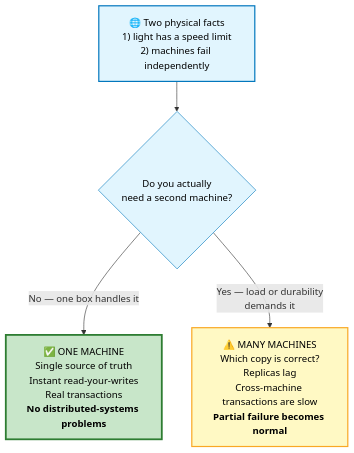
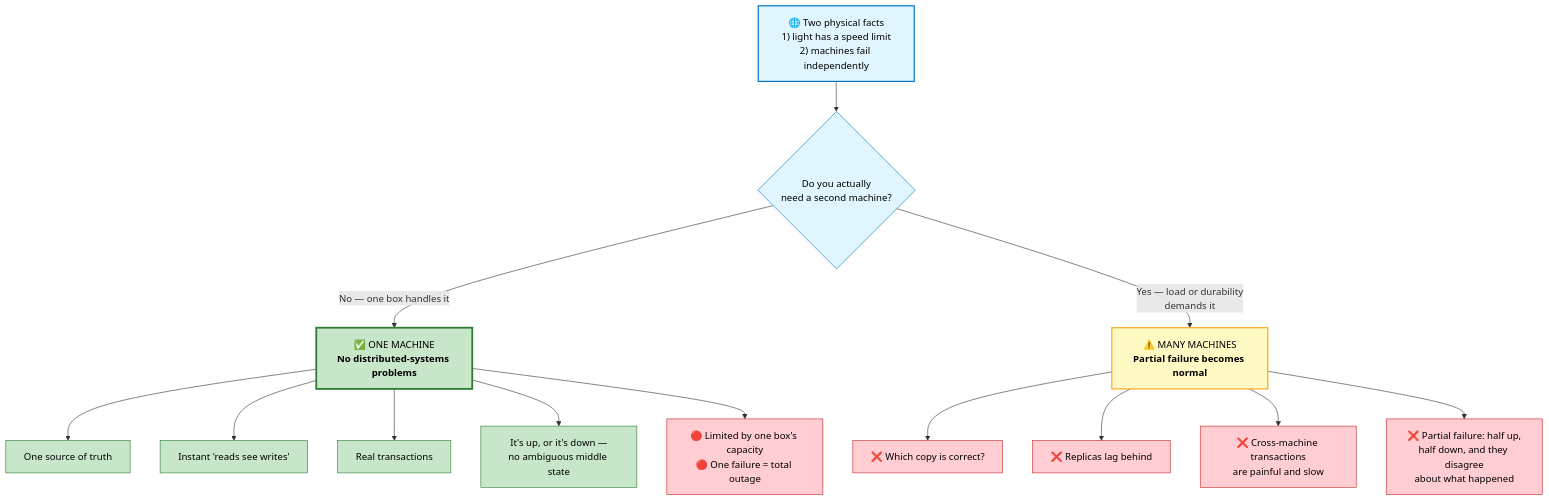
Before and after one commit to stormdigger/Interviewzz: the first of 27 diagrams in 05-system-design/00-fundamentals.md, drawn with Mermaid. The commit also changed other lines of this file and 5 other files, not shown here.

````diff
--- a/05-system-design/00-fundamentals.md
+++ b/05-system-design/00-fundamentals.md
@@ -49,11 +37,31 @@
 ```mermaid
 flowchart TD
     Root["🌐 Two physical facts<br/>1) light has a speed limit<br/>2) machines fail independently"] --> Q{"Do you actually<br/>need a second machine?"}
-    Q -->|"No — one box handles it"| One["✅ ONE MACHINE<br/>Single source of truth<br/>Instant read-your-writes<br/>Real transactions<br/><b>No distributed-systems problems</b>"]
-    Q -->|"Yes — load or durability<br/>demands it"| Many["⚠️ MANY MACHINES<br/>Which copy is correct?<br/>Replicas lag<br/>Cross-machine transactions are slow<br/><b>Partial failure becomes normal</b>"]
+    Q -->|"No — one box handles it"| One["✅ ONE MACHINE<br/><b>No distributed-systems problems</b>"]
+    Q -->|"Yes — load or durability<br/>demands it"| Many["⚠️ MANY MACHINES<br/><b>Partial failure becomes normal</b>"]
+
+    One --> O1["One source of truth"]
+    One --> O2["Instant 'reads see writes'"]
+    One --> O3["Real transactions"]
+    One --> O4["It's up, or it's down —<br/>no ambiguous middle state"]
+    One --> O5["🔴 Limited by one box's capacity<br/>🔴 One failure = total outage"]
+
+    Many --> M1["❌ Which copy is correct?"]
+    Many --> M2["❌ Replicas lag behind"]
+    Many --> M3["❌ Cross-machine transactions<br/>are painful and slow"]
+    Many --> M4["❌ Partial failure: half up,<br/>half down, and they disagree<br/>about what happened"]
 
     style Root fill:#e1f5fe,stroke:#0277bd,stroke-width:2px,color:#000
     style Q fill:#e1f5fe,stroke:#0277bd,color:#000
     style One fill:#c8e6c9,stroke:#2e7d32,stroke-width:3px,color:#000
     style Many fill:#fff9c4,stroke:#f9a825,stroke-width:2px,color:#000
+    style O1 fill:#c8e6c9,stroke:#2e7d32,color:#000
+    style O2 fill:#c8e6c9,stroke:#2e7d32,color:#000
+    style O3 fill:#c8e6c9,stroke:#2e7d32,color:#000
+    style O4 fill:#c8e6c9,stroke:#2e7d32,color:#000
+    style O5 fill:#ffcdd2,stroke:#c62828,color:#000
+    style M1 fill:#ffcdd2,stroke:#c62828,color:#000
+    style M2 fill:#ffcdd2,stroke:#c62828,color:#000
+    style M3 fill:#ffcdd2,stroke:#c62828,color:#000
+    style M4 fill:#ffcdd2,stroke:#c62828,color:#000
 ```
````
